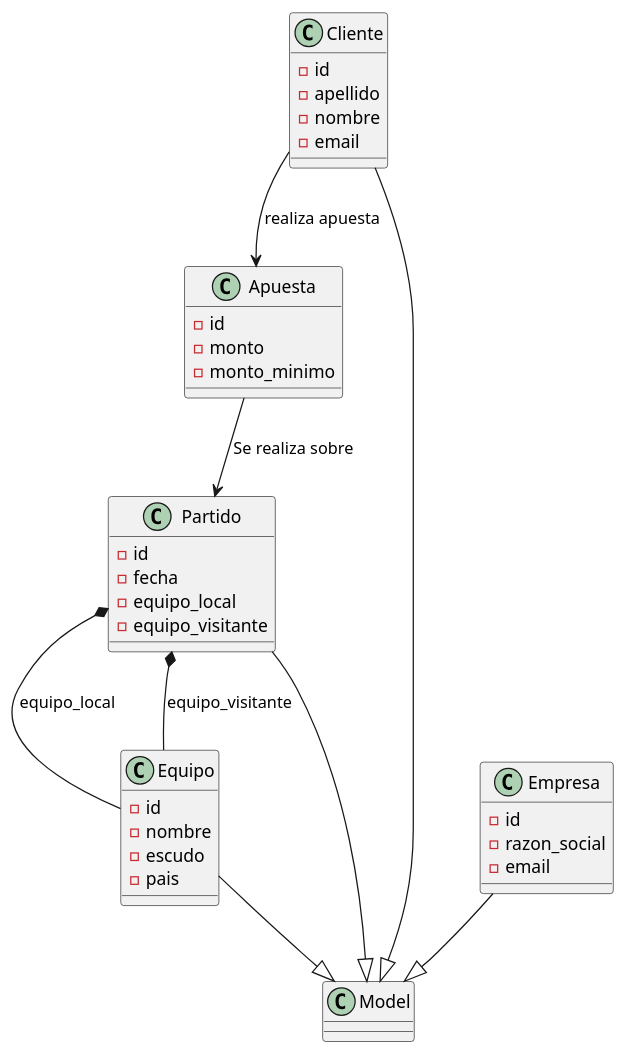
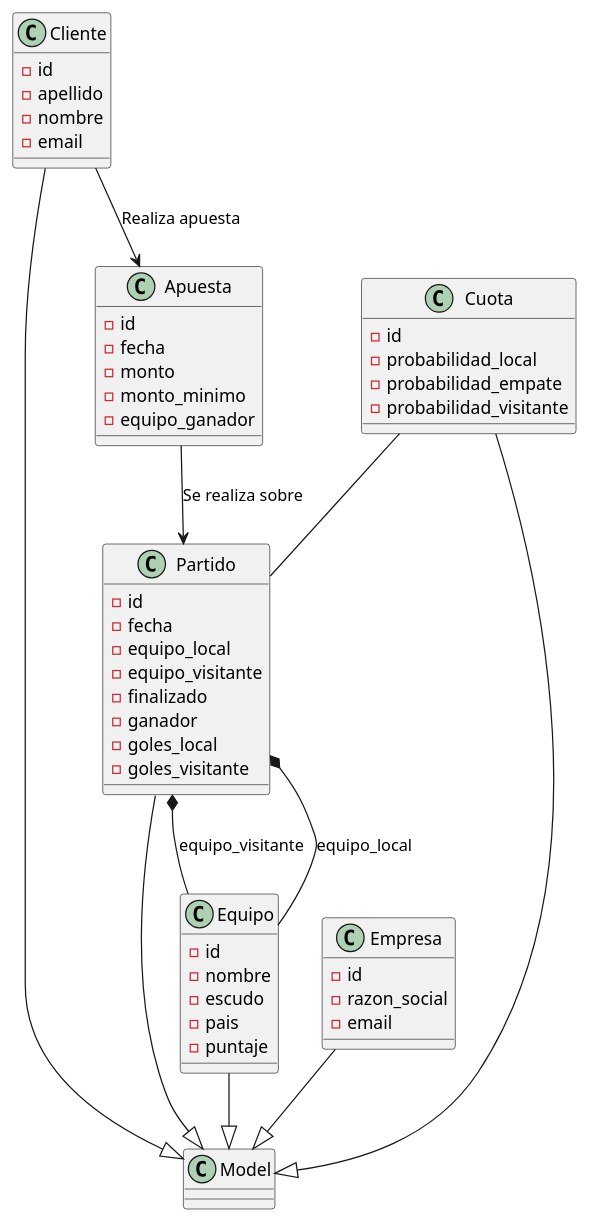
Before and after one commit to Almonacid98/Bookmaker-DS: the diagram in Bookmaker-DS/docs/diagrama_de_clases.puml, drawn with PlantUML. The commit also changed 1 other file, not shown here.

Commit message:
diagramas

```diff
--- a/Bookmaker-DS/docs/diagrama_de_clases.puml
+++ b/Bookmaker-DS/docs/diagrama_de_clases.puml
@@ -1,46 +1,61 @@
 @startuml:
 class Cliente {
     - id
     - apellido
     - nombre 
     - email
 }
 
 class Empresa {
     - id
     - razon_social
     - email
 }
 
 class Equipo {
     - id
     - nombre
     - escudo
     - pais
+    - puntaje
 }
 
 
 class Apuesta {
     - id
+    - fecha
     - monto 
     - monto_minimo
+    - equipo_ganador 
+}
+
+class Cuota {
+    - id
+    - probabilidad_local
+    - probabilidad_empate
+    - probabilidad_visitante
 }
 
 class Partido {
     - id
     - fecha
     - equipo_local
     - equipo_visitante
-    
+    - finalizado
+    - ganador
+    - goles_local
+    - goles_visitante
 }
 
 Partido *-- Equipo: equipo_local
 Partido *-- Equipo: equipo_visitante
-Cliente --> Apuesta: realiza apuesta
+Cliente --> Apuesta: Realiza apuesta
 Cliente --|> Model
+Empresa --|> Model
 Equipo --|> Model
-Empresa --|> Model
 Partido --|> Model
+Cuota -- Partido
 Apuesta --> Partido: Se realiza sobre
+Cuota --|> Model
 
 @enduml
```
